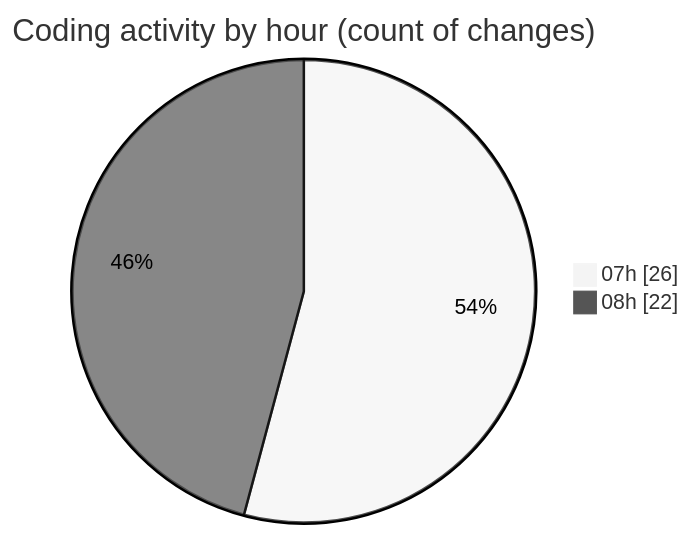
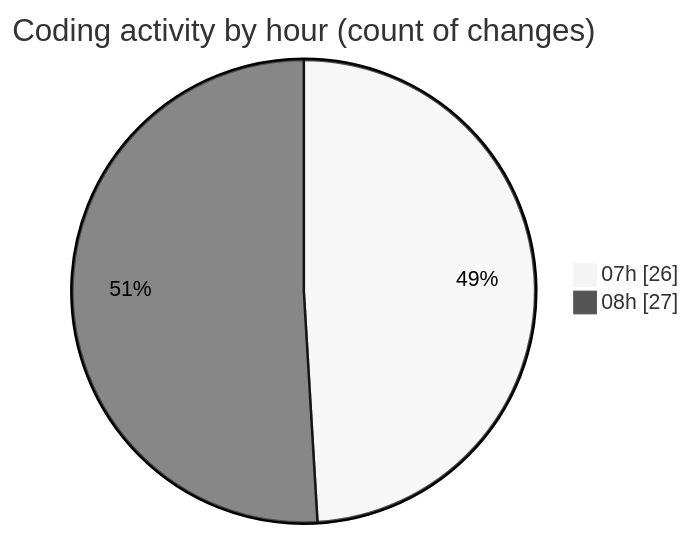
The second of 2 diagrams in 2025-10-04/shop/README.md (vahidmafi/code-tracking), drawn with Mermaid (neutral theme) before and after one commit. The commit also changed other lines of this file and 1 other file, not shown here.

````diff
--- a/2025-10-04/shop/README.md
+++ b/2025-10-04/shop/README.md
@@ -45,6 +45,6 @@
 ```mermaid
 pie showData
 title Coding activity by hour (count of changes)
 "07h" : 26
-"08h" : 22
+"08h" : 27
 ```
````
